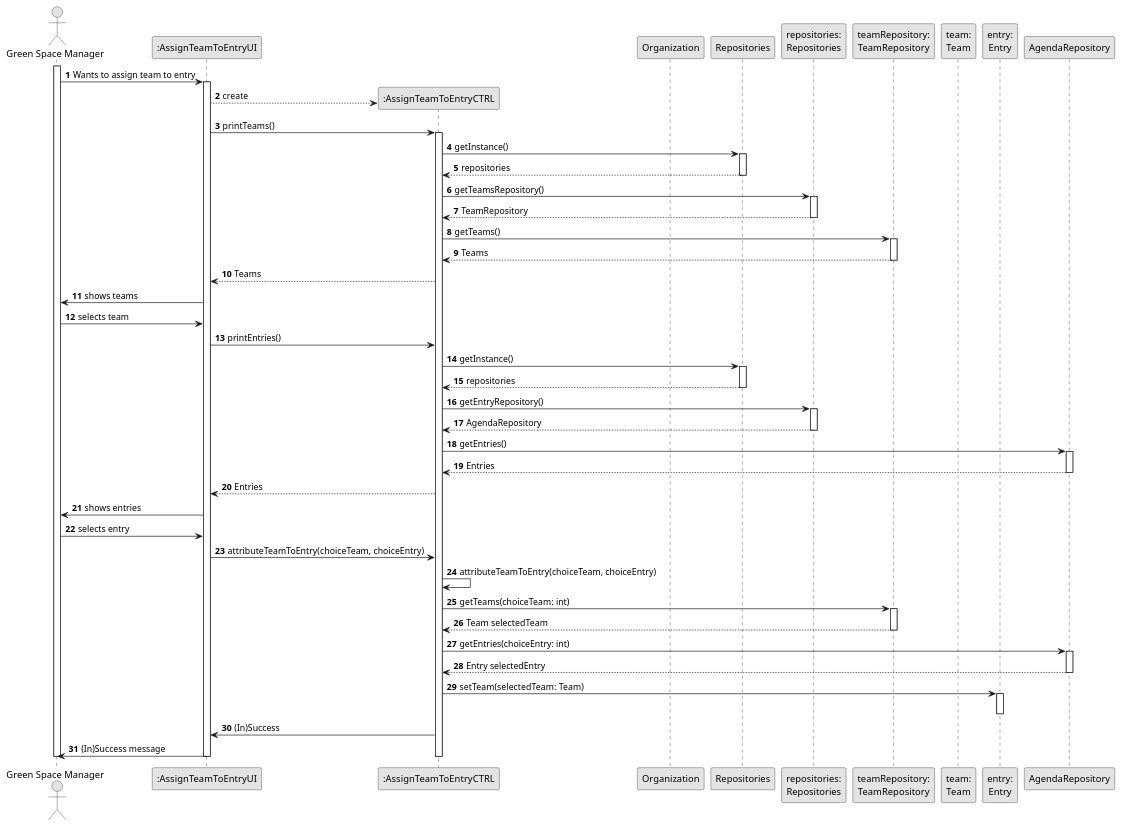
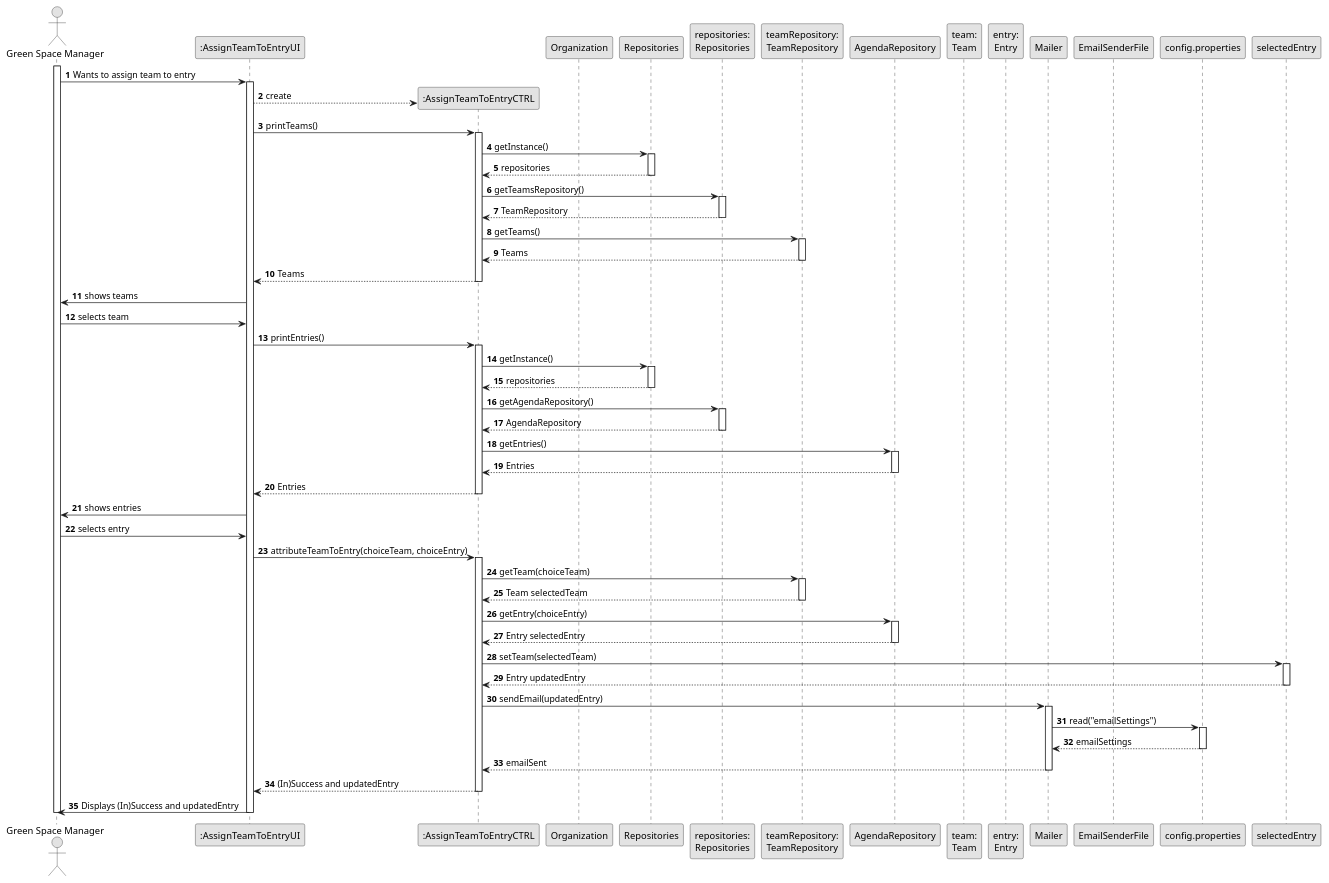
Before and after one commit to Departamento-de-Engenharia-Informatica/lei-24-s2-1df-1de-g063: the diagram in docs/SprintC/us23/03.design/puml/us023-sequence-diagram-full.puml, drawn with PlantUML. The commit also changed 13 other files, not shown here.

Commit message:
Interface EmailSender

```diff
--- a/docs/SprintC/us23/03.design/puml/us023-sequence-diagram-full.puml
+++ b/docs/SprintC/us23/03.design/puml/us023-sequence-diagram-full.puml
@@ -1,87 +1,112 @@
 @startuml
 skinparam monochrome true
 skinparam packageStyle rectangle
 skinparam shadowing false
 
 autonumber
 
 actor "Green Space Manager" as GSM
 participant ":AssignTeamToEntryUI" as UI
 participant ":AssignTeamToEntryCTRL" as CTRL
 participant "Organization" as Org
 participant "Repositories" as Rep
 participant "repositories:\nRepositories" as Repositories
 participant "teamRepository:\nTeamRepository" as TeamRepository
+participant "AgendaRepository" as AgendaRepository
 participant "team:\nTeam" as Team
 participant "entry:\nEntry" as Entry
-
+participant "Mailer" as Mailer
+participant "EmailSenderFile" as EmailSenderFile
+participant "config.properties" as Config
 
 activate GSM
     GSM -> UI : Wants to assign team to entry
     activate UI
         UI --> CTRL** : create
         UI -> CTRL : printTeams()
         activate CTRL
 
-            CTRL -> Rep : getInstance()
-            activate Rep
-                Rep --> CTRL : repositories
-            deactivate Rep
+                CTRL -> Rep : getInstance()
 
-            CTRL -> Repositories : getTeamsRepository()
-            activate Repositories
-                Repositories --> CTRL : TeamRepository
-            deactivate Repositories
+                activate Rep
+                    Rep --> CTRL : repositories
+                deactivate Rep
+
+            CTRL -> "Repositories" : getTeamsRepository()
+
+                activate Repositories
+                    Repositories --> CTRL : TeamRepository
+                deactivate Repositories
 
             CTRL -> TeamRepository : getTeams()
-            activate TeamRepository
-                TeamRepository --> CTRL : Teams
-            deactivate TeamRepository
+                activate TeamRepository
+                    TeamRepository --> CTRL : Teams
+                deactivate TeamRepository
+
 
         CTRL --> UI : Teams
-
+        deactivate CTRL
 
         UI -> GSM : shows teams
         GSM -> UI : selects team
         UI -> CTRL : printEntries()
+      activate CTRL
 
-            CTRL -> Rep : getInstance()
-            activate Rep
-                Rep --> CTRL : repositories
-            deactivate Rep
+                      CTRL -> Rep : getInstance()
 
-            CTRL -> Repositories : getEntryRepository()
-            activate Repositories
-                Repositories --> CTRL : AgendaRepository
-            deactivate Repositories
+                      activate Rep
+                          Rep --> CTRL : repositories
+                      deactivate Rep
 
-            CTRL -> AgendaRepository : getEntries()
-            activate AgendaRepository
-                AgendaRepository --> CTRL : Entries
-            deactivate AgendaRepository
+                  CTRL -> "Repositories" : getAgendaRepository()
 
-        CTRL --> UI : Entries
+                      activate Repositories
+                          Repositories --> CTRL : AgendaRepository
+                      deactivate Repositories
+
+                  CTRL -> AgendaRepository : getEntries()
+                      activate AgendaRepository
+                          AgendaRepository --> CTRL : Entries
+                      deactivate AgendaRepository
+
+
+              CTRL --> UI : Entries
+              deactivate CTRL
+
         UI -> GSM : shows entries
-
         GSM -> UI : selects entry
         UI -> CTRL : attributeTeamToEntry(choiceTeam, choiceEntry)
-        CTRL -> CTRL : attributeTeamToEntry(choiceTeam, choiceEntry)
-        CTRL -> TeamRepository : getTeams(choiceTeam: int)
+        activate CTRL
+
+            CTRL -> TeamRepository : getTeam(choiceTeam)
             activate TeamRepository
                 TeamRepository --> CTRL : Team selectedTeam
             deactivate TeamRepository
-        CTRL -> AgendaRepository : getEntries(choiceEntry: int)
+
+            CTRL -> AgendaRepository : getEntry(choiceEntry)
             activate AgendaRepository
                 AgendaRepository --> CTRL : Entry selectedEntry
             deactivate AgendaRepository
 
-        CTRL -> Entry : setTeam(selectedTeam: Team)
-        activate Entry
-        deactivate Entry
-        CTRL -> UI : (In)Success
-        UI-> GSM : (In)Success message
+            CTRL -> selectedEntry : setTeam(selectedTeam)
+            activate selectedEntry
+                selectedEntry --> CTRL : Entry updatedEntry
+            deactivate selectedEntry
+
+            CTRL -> Mailer : sendEmail(updatedEntry)
+            activate Mailer
+                Mailer -> Config : read("emailSettings")
+                activate Config
+                    Config --> Mailer : emailSettings
+                deactivate Config
+                Mailer --> CTRL : emailSent
+            deactivate Mailer
+
+        CTRL --> UI : (In)Success and updatedEntry
 
         deactivate CTRL
+
+        UI-> GSM : Displays (In)Success and updatedEntry
     deactivate UI
 deactivate GSM
 @enduml
```
